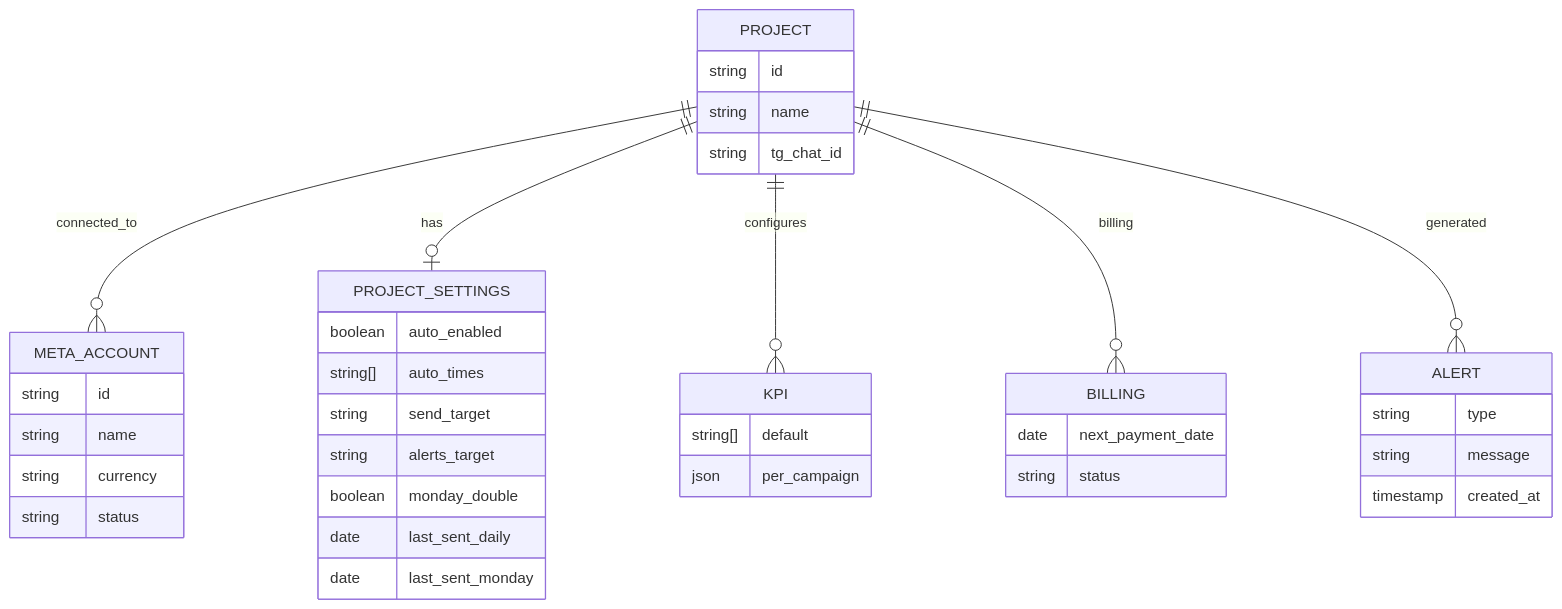
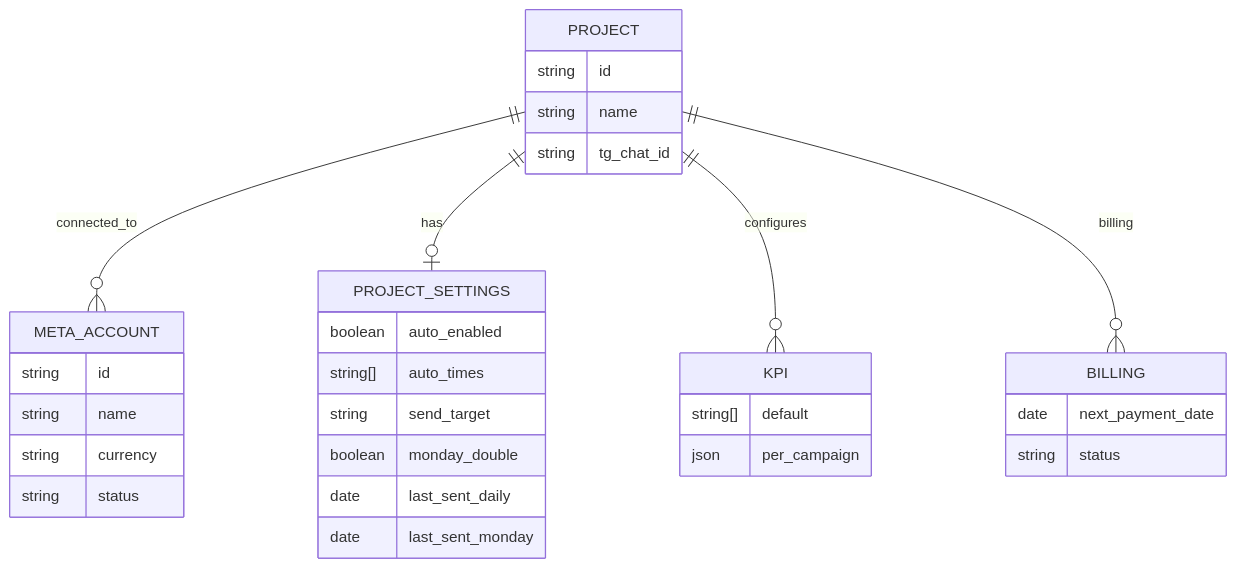
One commit to buyclientuz-pixel/targetbot changed the first of 2 diagrams in SPEC-AUTO-REPORT-v3.md. Above: the diagram before and after it, drawn with Mermaid. The commit also changed other lines of this file and 35 other files, not shown here.

````diff
--- a/SPEC-AUTO-REPORT-v3.md
+++ b/SPEC-AUTO-REPORT-v3.md
@@ -53,47 +52,40 @@
 ```mermaid
 erDiagram
 
     PROJECT ||--o{ META_ACCOUNT : "connected_to"
     PROJECT {
         string id
         string name
         string tg_chat_id
     }
 
     META_ACCOUNT {
         string id
         string name
         string currency
         string status
     }
 
     PROJECT ||--o| PROJECT_SETTINGS : "has"
     PROJECT_SETTINGS {
         boolean auto_enabled
         string[] auto_times
         string send_target
-        string alerts_target
         boolean monday_double
         date last_sent_daily
         date last_sent_monday
     }
 
     PROJECT ||--o{ KPI : "configures"
     KPI {
         string[] default
         json per_campaign
     }
 
     PROJECT ||--o{ BILLING : "billing"
     BILLING {
         date next_payment_date
         string status
     }
 
-    PROJECT ||--o{ ALERT : "generated"
-    ALERT {
-        string type
-        string message
-        timestamp created_at
-    }
 ```
````
